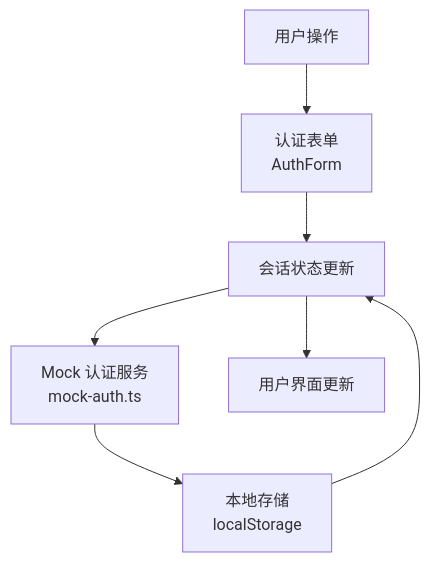
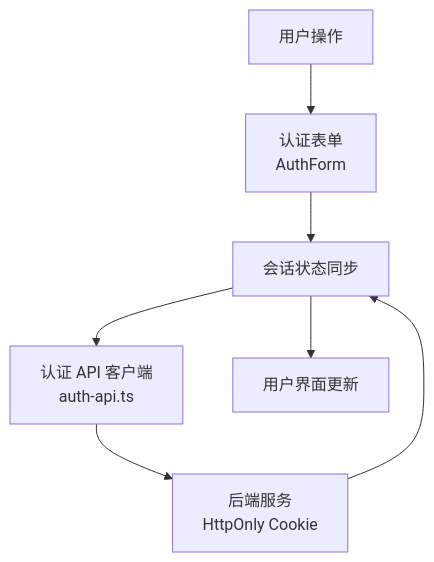
Before and after one commit to luyitiger6/my-first-project: the fifth of 12 diagrams in .qoder/repowiki/zh/content/前端开发/前端开发.md, drawn with Mermaid. The commit also changed other lines of this file and 54 other files, not shown here.

````diff
--- a/.qoder/repowiki/zh/content/前端开发/前端开发.md
+++ b/.qoder/repowiki/zh/content/前端开发/前端开发.md
@@ -227,9 +293,9 @@
 ```mermaid
 flowchart TD
 User["用户操作"] --> AuthForm["认证表单<br/>AuthForm"]
 AuthForm --> AuthProvider["认证提供者<br/>AuthProvider"]
-AuthProvider --> MockAuth["Mock 认证服务<br/>mock-auth.ts"]
-MockAuth --> LocalStorage["本地存储<br/>localStorage"]
-LocalStorage --> AuthProvider["会话状态更新"]
+AuthProvider --> AuthApi["认证 API 客户端<br/>auth-api.ts"]
+AuthApi --> Backend["后端服务<br/>HttpOnly Cookie"]
+Backend --> AuthProvider["会话状态同步"]
 AuthProvider --> UI["用户界面更新"]
 ```
````
